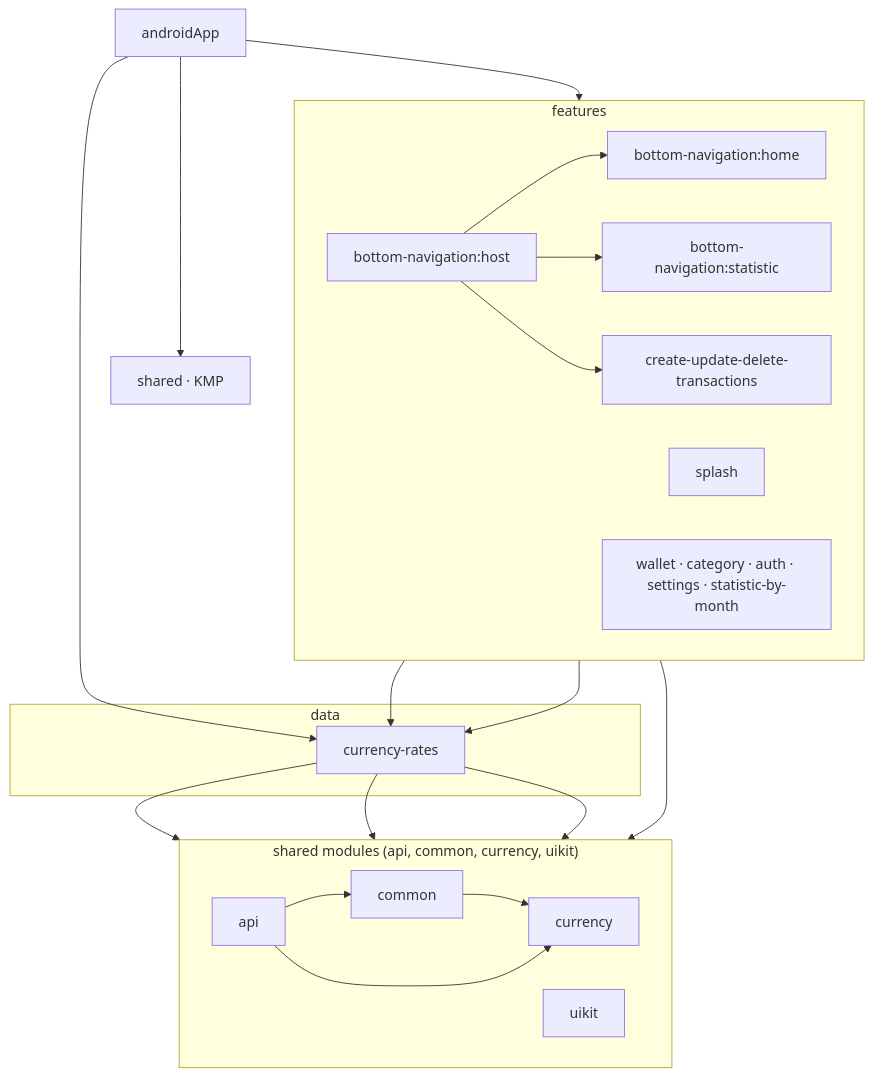
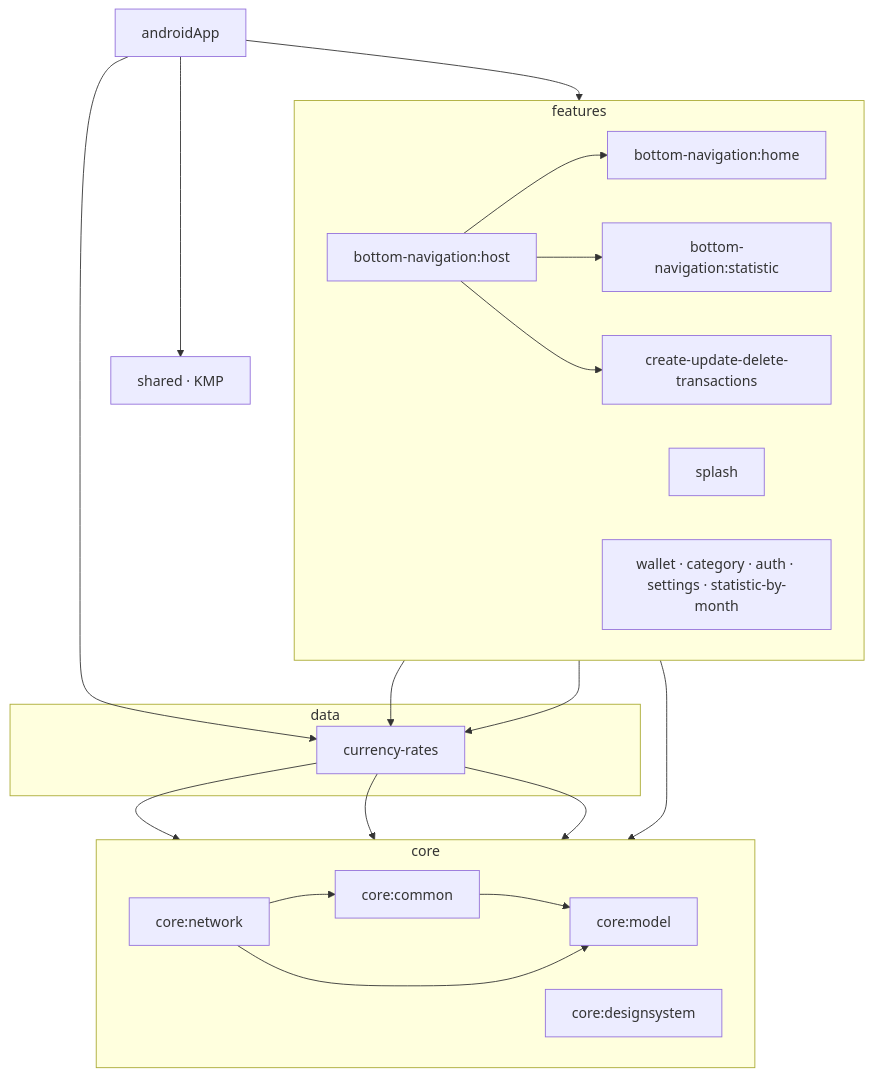
One commit to VolovatovTA/Budget changed the diagram in README.md. Above: the diagram before and after it, drawn with Mermaid. The commit also changed other lines of this file, not shown here.

Commit message:
README: core/ paths in the structure table, diagram and rules

````diff
--- a/README.md
+++ b/README.md
@@ -39,47 +40,47 @@
 ```mermaid
 flowchart TB
     app[androidApp]
 
     subgraph features
         direction LR
         host[bottom-navigation:host]
         home[bottom-navigation:home]
         statistic[bottom-navigation:statistic]
         transactions[create-update-delete-transactions]
         splash
         other[wallet · category · auth · settings · statistic-by-month]
     end
 
     subgraph data
         rates[currency-rates]
     end
 
-    subgraph core["shared modules (api, common, currency, uikit)"]
+    subgraph core
         direction LR
-        api
-        common
-        currency
-        uikit
+        network[core:network]
+        common[core:common]
+        model[core:model]
+        designsystem[core:designsystem]
     end
 
     shared[shared · KMP]
 
     app --> features
     app --> rates
     app --> shared
 
     host --> home
     host --> statistic
     host --> transactions
     home --> rates
     transactions --> rates
 
     features --> core
-    rates --> api
+    rates --> network
     rates --> common
-    rates --> currency
+    rates --> model
 
-    api --> common
-    common --> currency
-    api --> currency
+    network --> common
+    common --> model
+    network --> model
 ```
````
